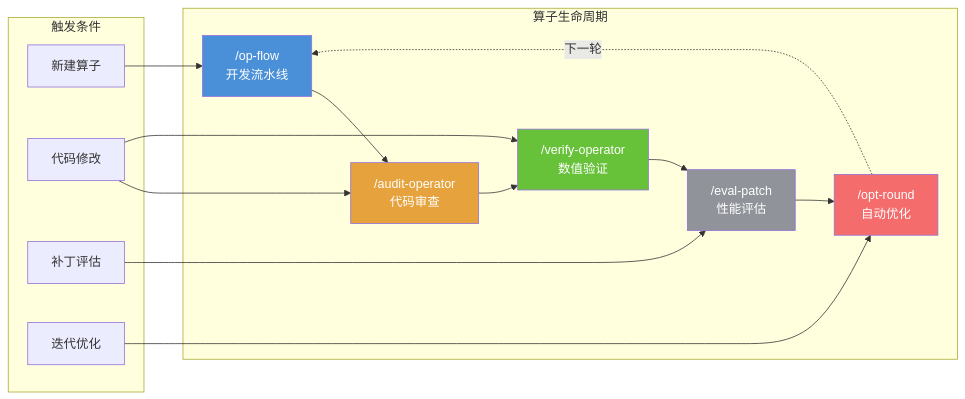
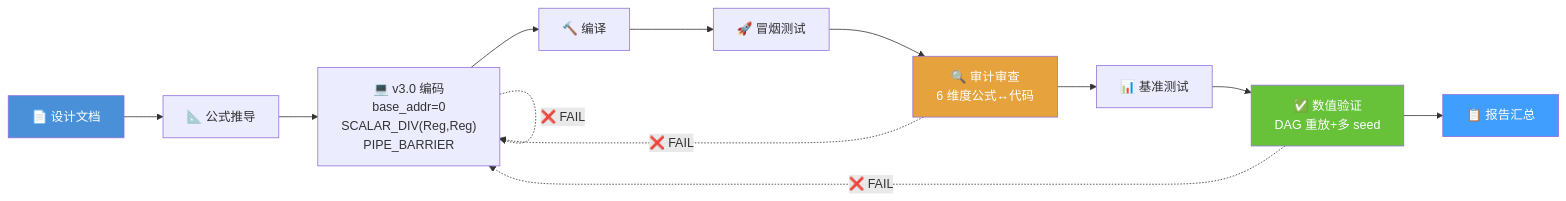
The diagram in DOCS/WEEKLY_REPORT_2026-07-06.md (nanajiang96300/Asim), drawn with Mermaid before and after one commit. The commit also changed other lines of this file, not shown here.

First line of the commit message:
docs: simplify weekly report — keep 1 small pipeline mermaid, remove 7 others

````diff
--- a/DOCS/WEEKLY_REPORT_2026-07-06.md
+++ b/DOCS/WEEKLY_REPORT_2026-07-06.md
@@ -407,24 +273,20 @@
 ```mermaid
 graph LR
-    subgraph "算子生命周期"
-        A["/op-flow<br/>开发流水线"] --> B["/audit-operator<br/>代码审查"]
-        B --> C["/verify-operator<br/>数值验证"]
-        C --> D["/eval-patch<br/>性能评估"]
-        D --> E["/opt-round<br/>自动优化"]
-        E -.->|"下一轮"| A
-    end
+    A["📄 设计文档"] --> B["📐 公式推导"]
+    B --> C["💻 v3.0 编码<br/>base_addr=0<br/>SCALAR_DIV(Reg,Reg)<br/>PIPE_BARRIER"]
+    C --> D["🔨 编译"]
+    D --> E["🚀 冒烟测试"]
+    E --> F["🔍 审计审查<br/>6 维度公式↔代码"]
+    F --> G["📊 基准测试"]
+    G --> H["✅ 数值验证<br/>DAG 重放+多 seed"]
+    H --> I["📋 报告汇总"]
 
-    subgraph "触发条件"
-        A1["新建算子"] --> A
-        A2["代码修改"] --> B
-        A2 --> C
-        A3["补丁评估"] --> D
-        A4["迭代优化"] --> E
-    end
+    C -.->|❌ FAIL| C
+    F -.->|❌ FAIL| C
+    H -.->|❌ FAIL| C
 
     style A fill:#4a90d9,color:#fff
-    style B fill:#e6a23c,color:#fff
-    style C fill:#67c23a,color:#fff
-    style D fill:#909399,color:#fff
-    style E fill:#f56c6c,color:#fff
+    style F fill:#e6a23c,color:#fff
+    style H fill:#67c23a,color:#fff
+    style I fill:#409eff,color:#fff
 ```
````
